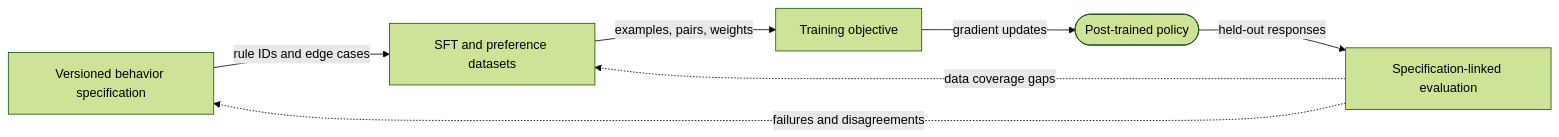
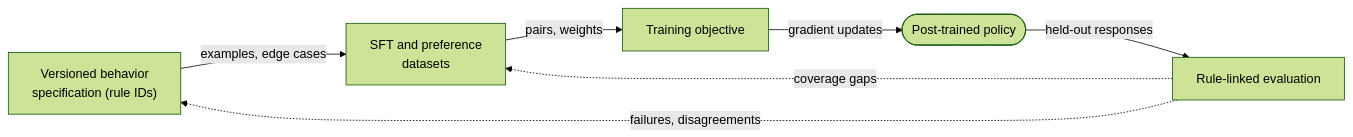
One commit to omkarsarde/agentic-engineering-at-scale changed the first of 2 diagrams in chapters/07-post-training.qmd. Above: the diagram before and after it, drawn with Mermaid (forest theme). The commit also changed other lines of this file and 4 other files, not shown here.

````diff
--- a/chapters/07-post-training.qmd
+++ b/chapters/07-post-training.qmd
@@ -79,11 +100,12 @@
 ```{mermaid}
+%%| echo: false
 %%| label: fig-ch07-spec-loop
-%%| fig-cap: "Which artifacts turn intended behavior into measurable model behavior?"
+%%| fig-cap: "Which artifacts turn intended behavior into measurable model behavior? The specification is the source of intent; datasets encode it; the objective turns samples into gradients; evaluation closes the loop back to rules, not just to an aggregate score."
 flowchart LR
-    S["Versioned behavior specification"] -->|"rule IDs and edge cases"| D["SFT and preference datasets"]
-    D -->|"examples, pairs, weights"| O["Training objective"]
+    S["Versioned behavior<br/>specification (rule IDs)"] -->|"examples, edge cases"| D["SFT and preference<br/>datasets"]
+    D -->|"pairs, weights"| O["Training objective"]
     O -->|"gradient updates"| P(["Post-trained policy"])
-    P -->|"held-out responses"| E["Specification-linked evaluation"]
-    E -. "failures and disagreements" .-> S
-    E -. "data coverage gaps" .-> D
+    P -->|"held-out responses"| E["Rule-linked evaluation"]
+    E -. "failures, disagreements" .-> S
+    E -. "coverage gaps" .-> D
 ```
````
